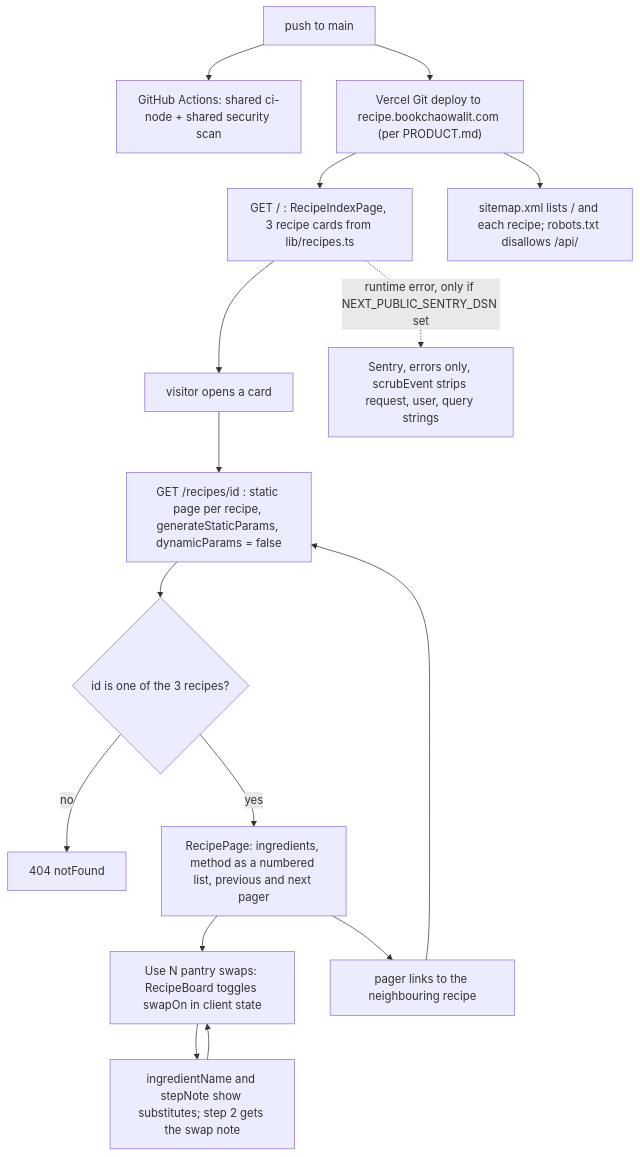
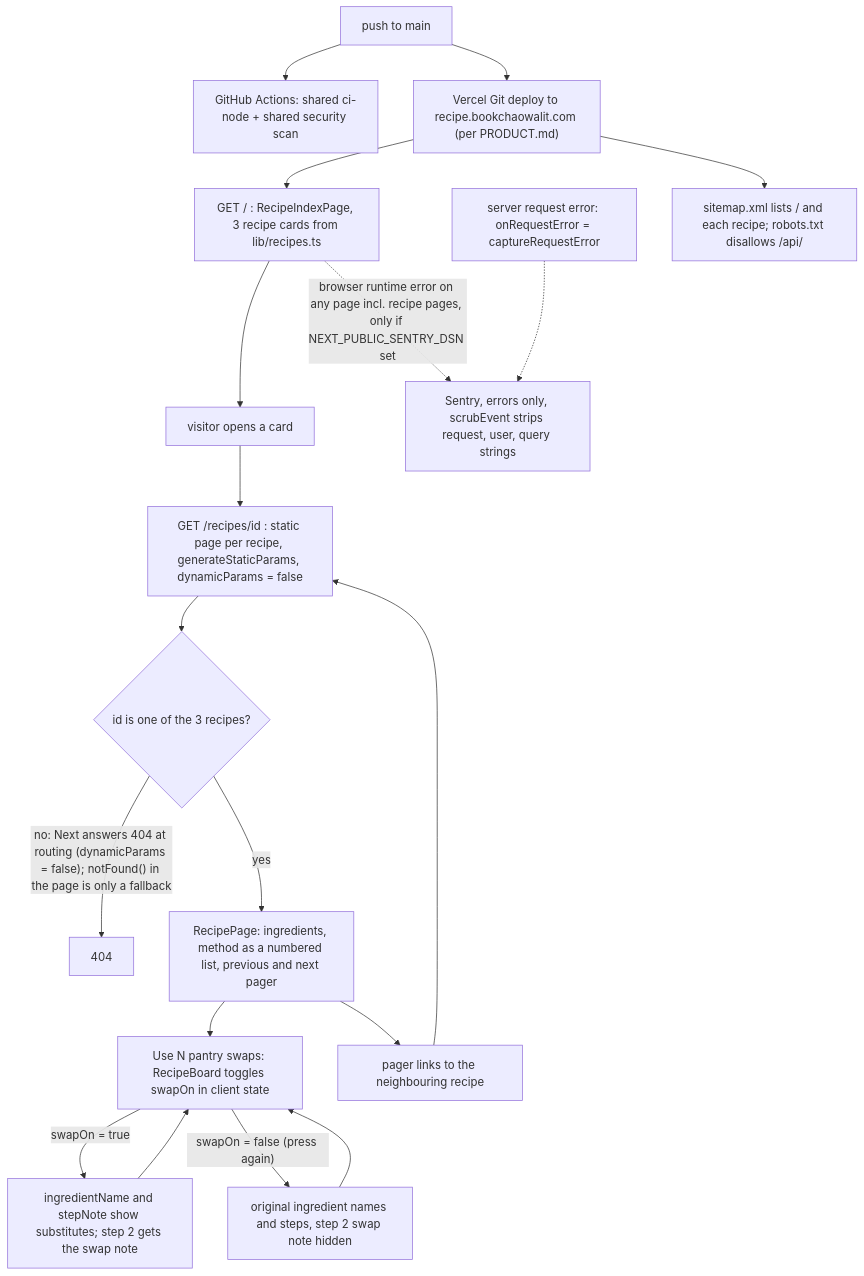
The diagram in docs/diagrams/01-business-process.md (bookchaowalit-website/food-recipe-explorer-web), drawn with Mermaid before and after one commit. The commit also changed other lines of this file, not shown here.

Commit message:
docs: correct As-Is/To-Be facts from review (01-business-process)

````diff
--- a/docs/diagrams/01-business-process.md
+++ b/docs/diagrams/01-business-process.md
@@ -9,18 +9,21 @@
 ```mermaid
 flowchart TD
   PUSH["push to main"] --> CI["GitHub Actions: shared ci-node + shared security scan"]
   PUSH --> VERCEL["Vercel Git deploy to recipe.bookchaowalit.com (per PRODUCT.md)"]
   VERCEL --> INDEX["GET / : RecipeIndexPage, 3 recipe cards from lib/recipes.ts"]
   INDEX --> OPEN["visitor opens a card"]
   OPEN --> ROUTE["GET /recipes/id : static page per recipe, generateStaticParams, dynamicParams = false"]
   ROUTE --> VALID{"id is one of the 3 recipes?"}
-  VALID -->|no| NF["404 notFound"]
+  VALID -->|"no: Next answers 404 at routing (dynamicParams = false); notFound() in the page is only a fallback"| NF["404"]
   VALID -->|yes| BOARD["RecipePage: ingredients, method as a numbered list, previous and next pager"]
   BOARD --> TOGGLE["Use N pantry swaps: RecipeBoard toggles swapOn in client state"]
-  TOGGLE --> SWAP["ingredientName and stepNote show substitutes; step 2 gets the swap note"]
+  TOGGLE -->|"swapOn = true"| SWAP["ingredientName and stepNote show substitutes; step 2 gets the swap note"]
+  TOGGLE -->|"swapOn = false (press again)"| ORIG["original ingredient names and steps, step 2 swap note hidden"]
   SWAP --> TOGGLE
+  ORIG --> TOGGLE
   BOARD --> PAGER["pager links to the neighbouring recipe"]
   PAGER --> ROUTE
-  INDEX -.->|"runtime error, only if NEXT_PUBLIC_SENTRY_DSN set"| SENTRY["Sentry, errors only, scrubEvent strips request, user, query strings"]
+  INDEX -.->|"browser runtime error on any page incl. recipe pages, only if NEXT_PUBLIC_SENTRY_DSN set"| SENTRY["Sentry, errors only, scrubEvent strips request, user, query strings"]
+  SRV["server request error: onRequestError = captureRequestError"] -.-> SENTRY
   VERCEL --> SEO["sitemap.xml lists / and each recipe; robots.txt disallows /api/"]
 ```
````
